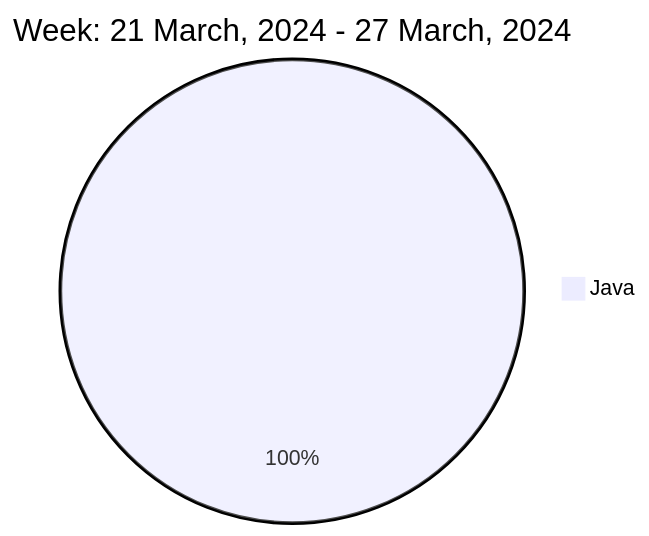
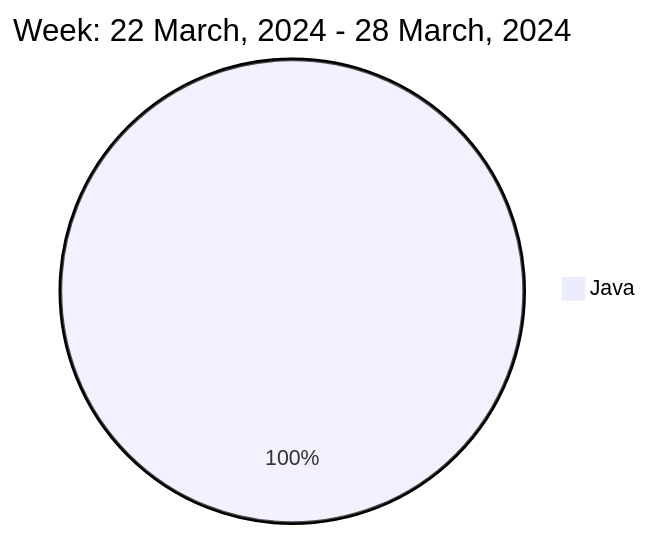
Before and after one commit to liubin95/liubin95: the diagram in README.md, drawn with Mermaid.

Commit message:
Updated the Graph with new Metrics

````diff
--- a/README.md
+++ b/README.md
@@ -37,5 +37,5 @@
 ```mermaid
  pie
-title Week: 21 March, 2024 - 27 March, 2024
- "Java" : 4.33
+title Week: 22 March, 2024 - 28 March, 2024
+ "Java" : 5.43
 ```
````
